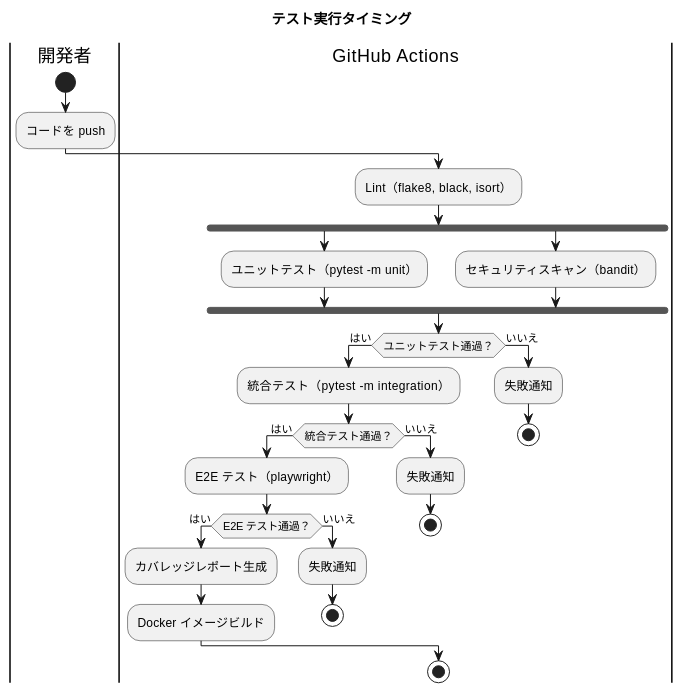
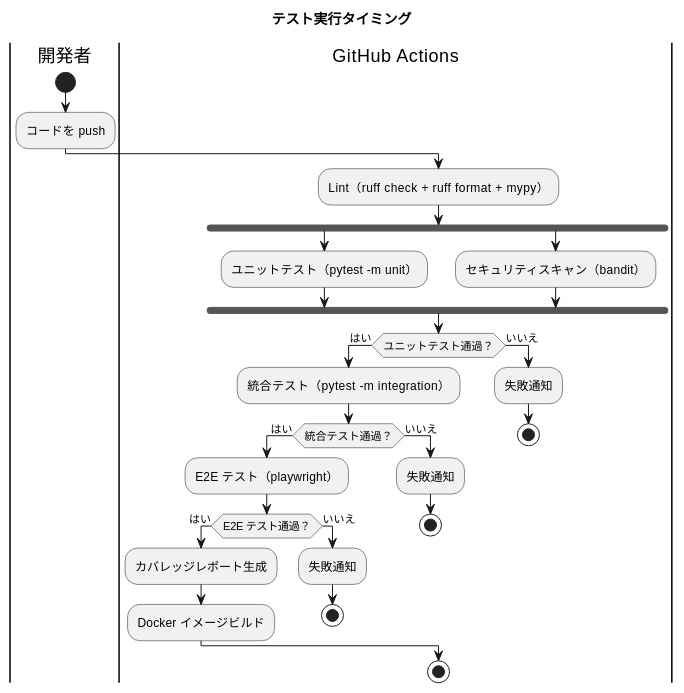
One commit to k2works/case-study-sdd-development changed the second of 2 diagrams in docs/design/test_strategy.md. Above: the diagram before and after it, drawn with PlantUML. The commit also changed other lines of this file and 2 other files, not shown here.

First line of the commit message:
docs(design): 技術スタックを uv + Ruff + mypy + tox 構成に変更

````diff
--- a/docs/design/test_strategy.md
+++ b/docs/design/test_strategy.md
@@ -131,42 +134,42 @@
 ```plantuml
 @startuml
 
 title テスト実行タイミング
 
 |開発者|
 start
 :コードを push;
 
 |GitHub Actions|
-:Lint（flake8, black, isort）;
+:Lint（ruff check + ruff format + mypy）;
 
 fork
   :ユニットテスト（pytest -m unit）;
 fork again
   :セキュリティスキャン（bandit）;
 end fork
 
 if (ユニットテスト通過？) then (はい)
   :統合テスト（pytest -m integration）;
   if (統合テスト通過？) then (はい)
     :E2E テスト（playwright）;
     if (E2E テスト通過？) then (はい)
       :カバレッジレポート生成;
       :Docker イメージビルド;
     else (いいえ)
       :失敗通知;
       stop
     endif
   else (いいえ)
     :失敗通知;
     stop
   endif
 else (いいえ)
   :失敗通知;
   stop
 endif
 
 stop
 
 @enduml
 ```
````
